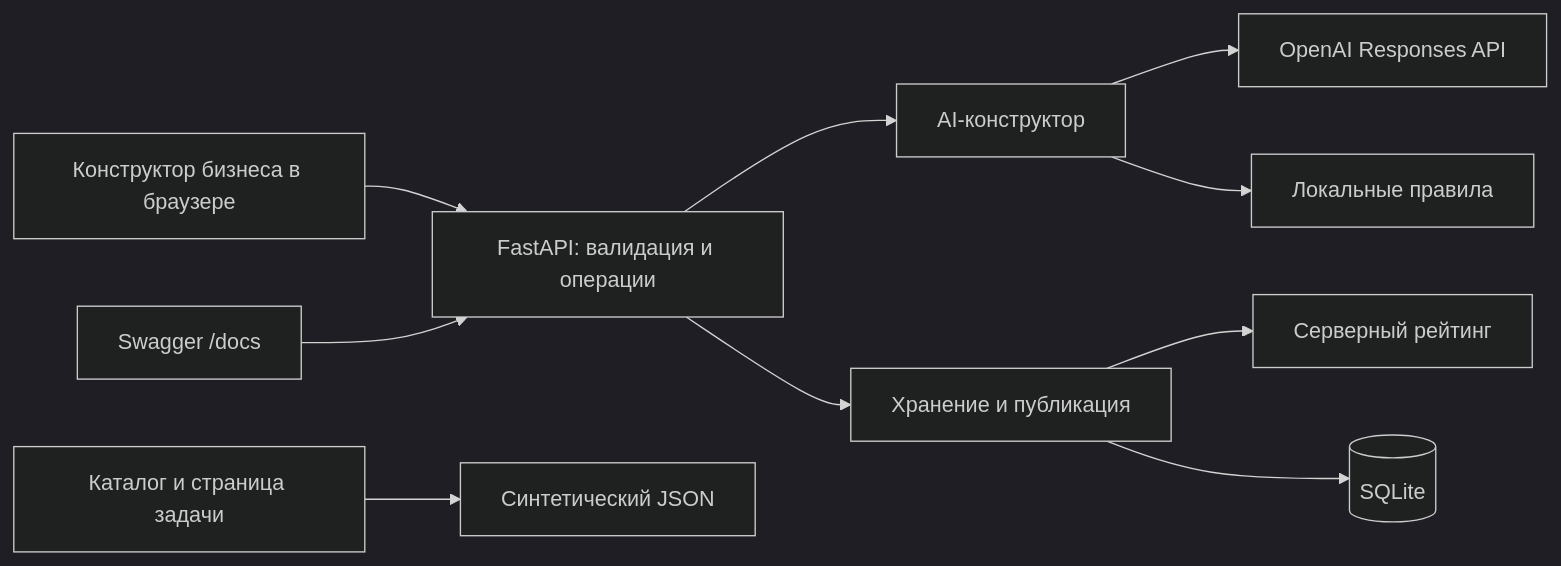
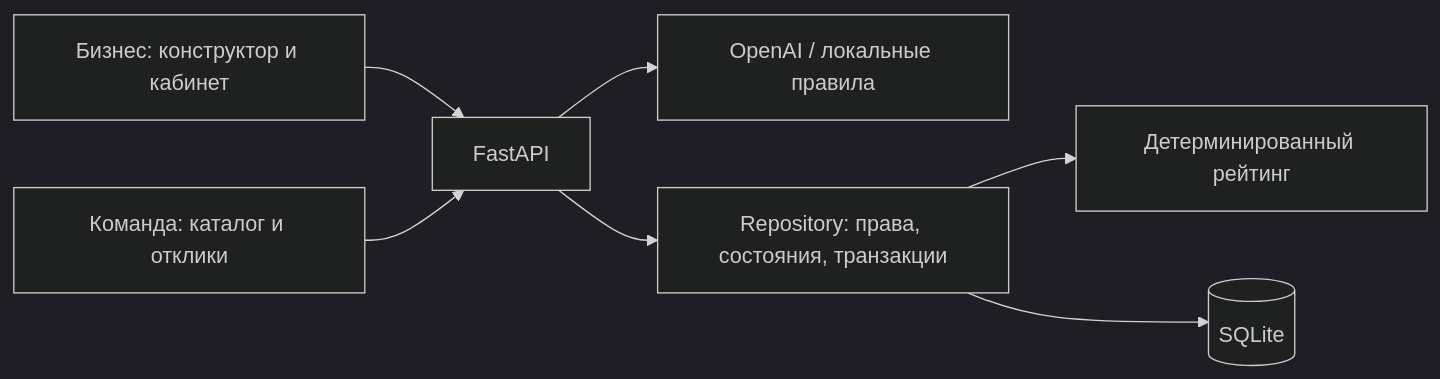
One commit to BAITC-Hacks/hack-4484d2b6-arc-team changed the diagram in README.md. Above: the diagram before and after it, drawn with Mermaid (dark theme). The commit also changed other lines of this file and 16 other files, not shown here.

````diff
--- a/README.md
+++ b/README.md
@@ -78,12 +89,9 @@
 ```mermaid
 flowchart LR
-    Business[Конструктор бизнеса в браузере] --> API[FastAPI: валидация и операции]
-    Swagger[Swagger /docs] --> API
-    API --> AI[AI-конструктор]
-    AI --> OpenAI[OpenAI Responses API]
-    AI --> Local[Локальные правила]
-    API --> Repo[Хранение и публикация]
-    Repo --> Rating[Серверный рейтинг]
-    Repo --> DB[(SQLite)]
-    Catalog[Каталог и страница задачи] --> Demo[Синтетический JSON]
+    B[Бизнес: конструктор и кабинет] --> API[FastAPI]
+    T[Команда: каталог и отклики] --> API
+    API --> AI[OpenAI / локальные правила]
+    API --> R[Repository: права, состояния, транзакции]
+    R --> S[Детерминированный рейтинг]
+    R --> DB[(SQLite)]
 ```
````
